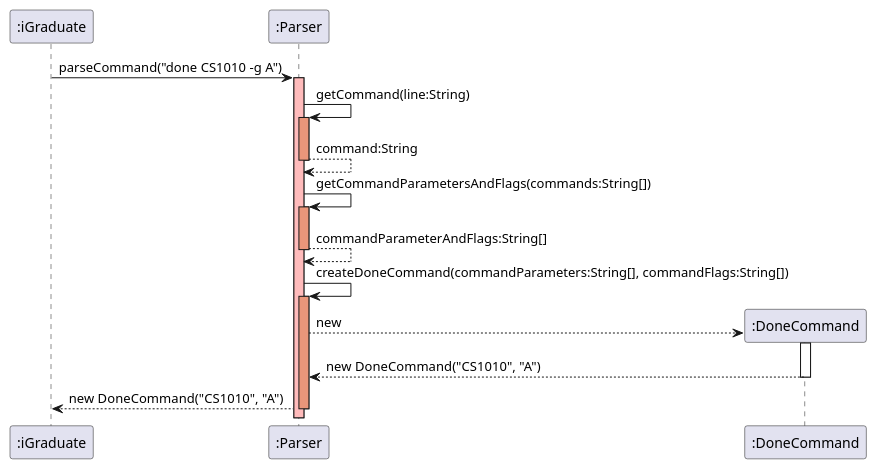
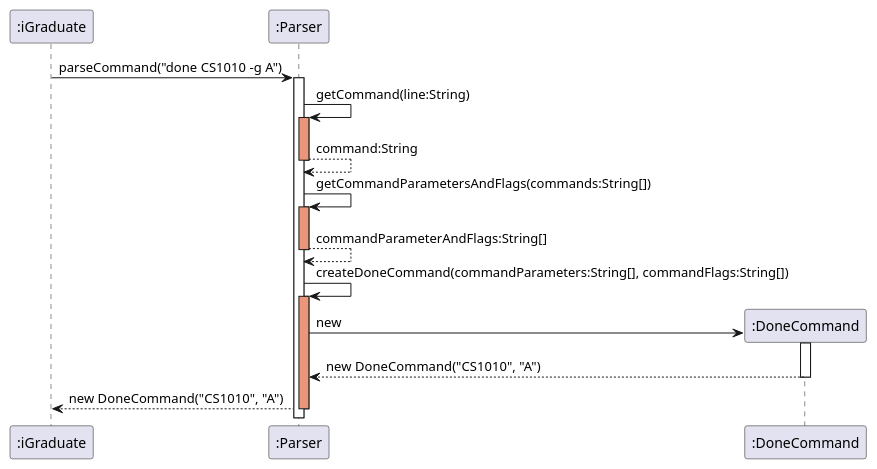
The diagram in docs/diagrams/ParserSequenceDiagram.puml (oscarlai1998/tp), drawn with PlantUML before and after one commit. The commit also changed 4 other files, not shown here.

Commit message:
Add sequence diagram for DoneCommand in DG

```diff
--- a/docs/diagrams/ParserSequenceDiagram.puml
+++ b/docs/diagrams/ParserSequenceDiagram.puml
@@ -1,28 +1,30 @@
 @startuml
 participant ":iGraduate" as iGraduate
 participant ":Parser" as Parser
 participant ":DoneCommand" as DoneCommand
 
 iGraduate -> Parser: parseCommand("done CS1010 -g A")
-activate Parser #FFBBBB
+activate Parser
 
 Parser -> Parser: getCommand(line:String)
 activate Parser #DarkSalmon
 return command:String
 
 Parser -> Parser: getCommandParametersAndFlags(commands:String[])
 activate Parser #DarkSalmon
 return commandParameterAndFlags:String[]
 
 Parser -> Parser: createDoneCommand(commandParameters:String[], commandFlags:String[])
 activate Parser #DarkSalmon
 
 create DoneCommand
-Parser --> DoneCommand: new
+Parser -> DoneCommand: new
 activate DoneCommand
 DoneCommand --> Parser: new DoneCommand("CS1010", "A")
 deactivate DoneCommand
 
 Parser --> iGraduate: new DoneCommand("CS1010", "A")
+
 deactivate Parser
+
 @enduml
```
